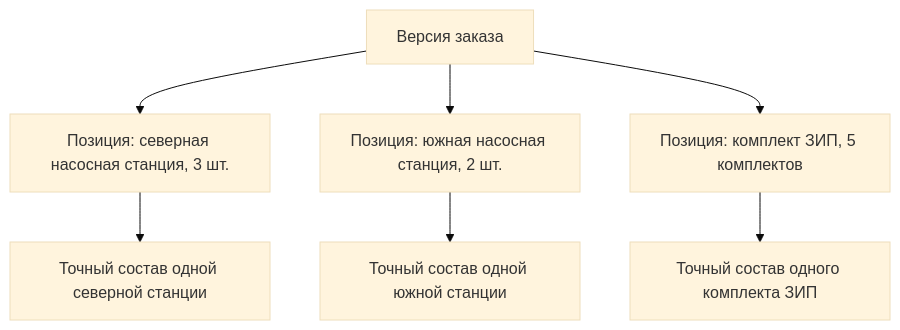
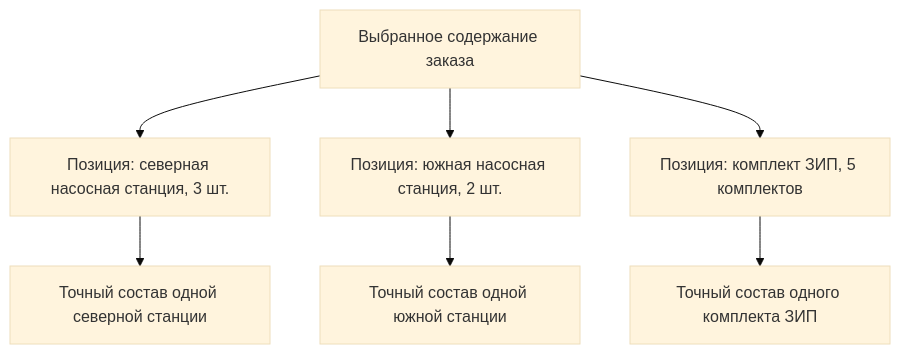
Before and after one commit to ZelAnton/Interlink-product-book: the diagram in wiki/Order-lines-and-quantities.md, drawn with Mermaid (base theme). The commit also changed other lines of this file and 231 other files, not shown here.

````diff
--- a/wiki/Order-lines-and-quantities.md
+++ b/wiki/Order-lines-and-quantities.md
@@ -23,9 +27,9 @@
 ```mermaid
 flowchart TD
-    A["Версия заказа"] --> B["Позиция: северная насосная станция, 3 шт."]
+    A["Выбранное содержание заказа"] --> B["Позиция: северная насосная станция, 3 шт."]
     A --> C["Позиция: южная насосная станция, 2 шт."]
     A --> D["Позиция: комплект ЗИП, 5 комплектов"]
     B --> E["Точный состав одной северной станции"]
     C --> F["Точный состав одной южной станции"]
     D --> G["Точный состав одного комплекта ЗИП"]
 ```
````
